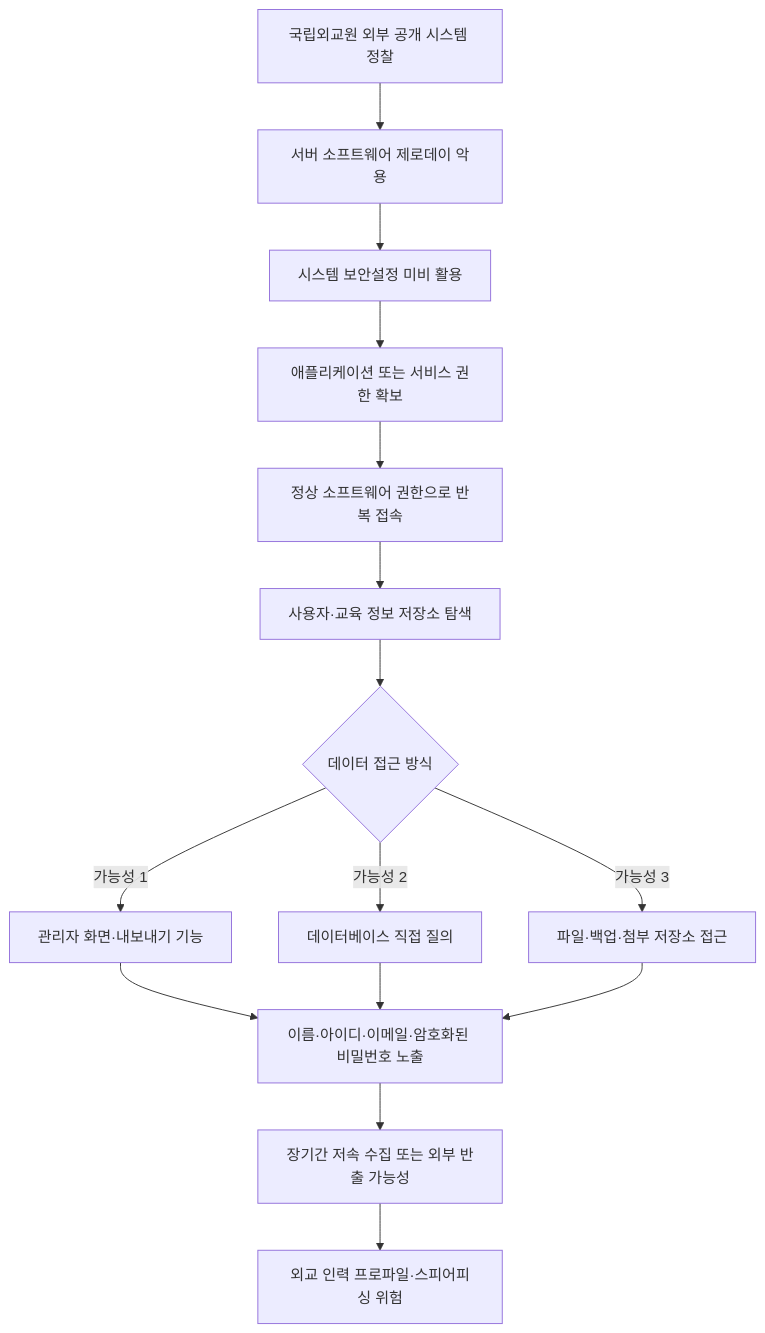
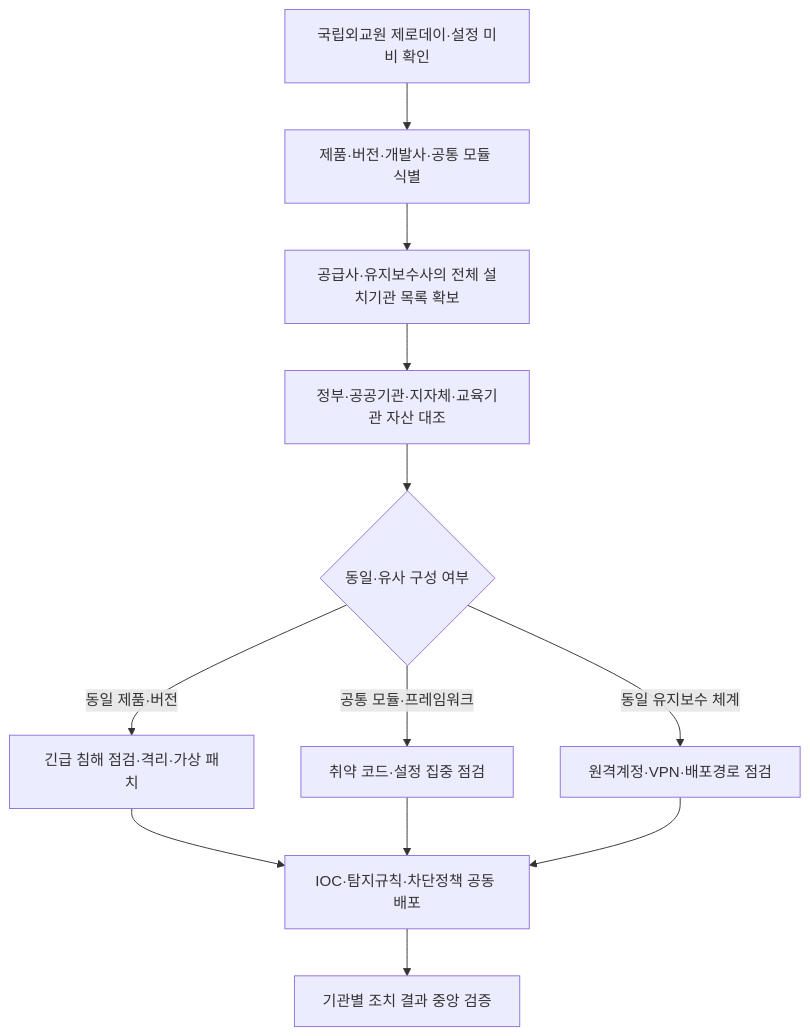
Before and after one commit to qubitsec/blog: the second of 2 diagrams in content/ko/threats/case-knda-hack-2026.md, drawn with Mermaid. The commit also changed other lines of this file, not shown here.

````diff
--- a/content/ko/threats/case-knda-hack-2026.md
+++ b/content/ko/threats/case-knda-hack-2026.md
@@ -860,17 +452,14 @@
 ```mermaid
 flowchart TD
-    A[국립외교원 외부 공개 시스템 정찰] --> B[서버 소프트웨어 제로데이 악용]
-    B --> C[시스템 보안설정 미비 활용]
-    C --> D[애플리케이션 또는 서비스 권한 확보]
-    D --> E[정상 소프트웨어 권한으로 반복 접속]
-    E --> F[사용자·교육 정보 저장소 탐색]
-    F --> G{데이터 접근 방식}
-    G -->|가능성 1| H[관리자 화면·내보내기 기능]
-    G -->|가능성 2| I[데이터베이스 직접 질의]
-    G -->|가능성 3| J[파일·백업·첨부 저장소 접근]
-    H --> K[이름·아이디·이메일·암호화된 비밀번호 노출]
-    I --> K
-    J --> K
-    K --> L[장기간 저속 수집 또는 외부 반출 가능성]
-    L --> M[외교 인력 프로파일·스피어피싱 위험]
+    A[국립외교원 제로데이·설정 미비 확인] --> B[제품·버전·개발사·공통 모듈 식별]
+    B --> C[공급사·유지보수사의 전체 설치기관 목록 확보]
+    C --> D[정부·공공기관·지자체·교육기관 자산 대조]
+    D --> E{동일·유사 구성 여부}
+    E -->|동일 제품·버전| F[긴급 침해 점검·격리·가상 패치]
+    E -->|공통 모듈·프레임워크| G[취약 코드·설정 집중 점검]
+    E -->|동일 유지보수 체계| H[원격계정·VPN·배포경로 점검]
+    F --> I[IOC·탐지규칙·차단정책 공동 배포]
+    G --> I
+    H --> I
+    I --> J[기관별 조치 결과 중앙 검증]
 ```
````
